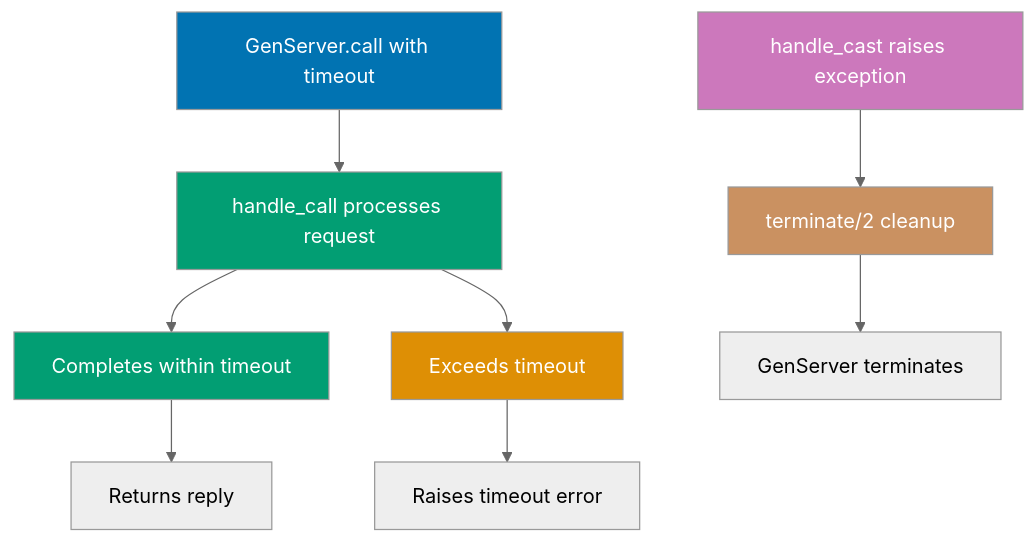
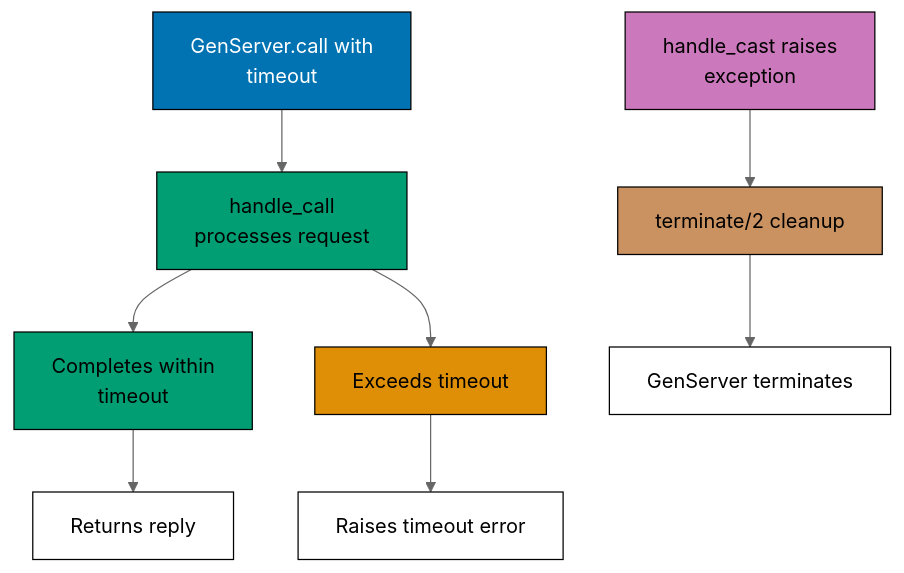
Before and after one commit to wahidyankf/ose-public: the third of 24 diagrams in apps/ayokoding-www/content/en/learn/legacy/software-engineering/programming-languages/elixir/by-example/advanced.md, drawn with Mermaid (neutral theme). The commit also changed other lines of this file and 112 other files, not shown here.

First line of the commit message:
fix(mermaid): bring the legacy programming-languages diagrams onto the accessible palette

````diff
--- a/apps/ayokoding-www/content/en/learn/legacy/software-engineering/programming-languages/elixir/by-example/advanced.md
+++ b/apps/ayokoding-www/content/en/learn/legacy/software-engineering/programming-languages/elixir/by-example/advanced.md
@@ -460,20 +475,28 @@
 ```mermaid
 %% Color Palette: Blue #0173B2, Orange #DE8F05, Teal #029E73, Purple #CC78BC, Brown #CA9161
 graph TD
-    Call["GenServer.call with timeout"] --> Work["handle_call processes request"]
-    Work --> Complete["Completes within timeout"]
+    accTitle: Example 63: GenServer Error Handling
+    accDescr: Graph with 9 nodes and 7 connections. Nodes: GenServer.call with timeout, handle_call processes request, Completes within timeout, Exceeds timeout, Returns reply, Raises timeout error, handle_cast raises exception, terminate/2 cleanup, GenServer terminates. Connections: GenServer.call with timeout to handle_call processes request, handle_call processes request to Completes within timeout, handle_call processes request to Exceeds timeout, Completes within timeout to Returns reply, Exceeds timeout to Raises timeout error, handle_cast raises exception to terminate/2 cleanup, terminate/2 cleanup to GenServer terminates.
+    Call["GenServer.call with<br/>timeout"] --> Work["handle_call<br/>processes request"]
+    Work --> Complete["Completes within<br/>timeout"]
     Work --> Timeout["Exceeds timeout"]
 
     Complete --> Reply["Returns reply"]
     Timeout --> Error["Raises timeout error"]
 
-    Crash["handle_cast raises exception"] --> Terminate["terminate/2 cleanup"]
+    Crash["handle_cast raises<br/>exception"] --> Terminate["terminate/2 cleanup"]
     Terminate --> ProcessDies["GenServer terminates"]
 
-    style Call fill:#0173B2,color:#fff
-    style Work fill:#029E73,color:#fff
-    style Complete fill:#029E73,color:#fff
-    style Timeout fill:#DE8F05,color:#fff
-    style Crash fill:#CC78BC,color:#fff
-    style Terminate fill:#CA9161,color:#fff
+    classDef pal-0173B2 fill:#0173B2,stroke:#000000,color:#FFFFFF
+    class Call pal-0173B2
+    classDef pal-029E73 fill:#029E73,stroke:#000000,color:#000000
+    class Work pal-029E73
+    class Complete pal-029E73
+    classDef pal-DE8F05 fill:#DE8F05,stroke:#000000,color:#000000
+    class Timeout pal-DE8F05
+    classDef pal-CC78BC fill:#CC78BC,stroke:#000000,color:#000000
+    class Crash pal-CC78BC
+    classDef pal-CA9161 fill:#CA9161,stroke:#000000,color:#000000
+    class Terminate pal-CA9161
+    classDef default fill:#FFFFFF,stroke:#000000,color:#000000
 ```
````
